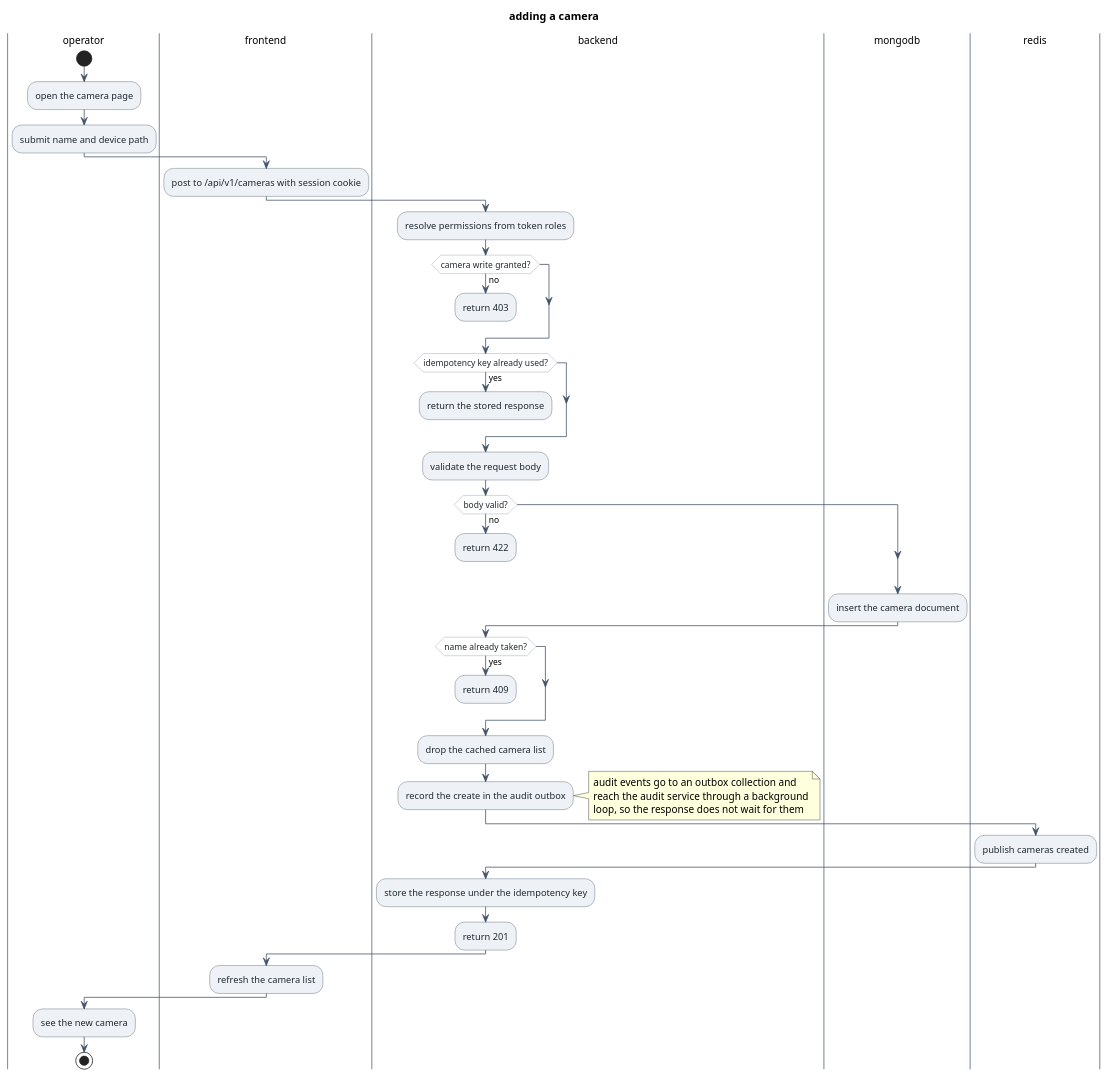
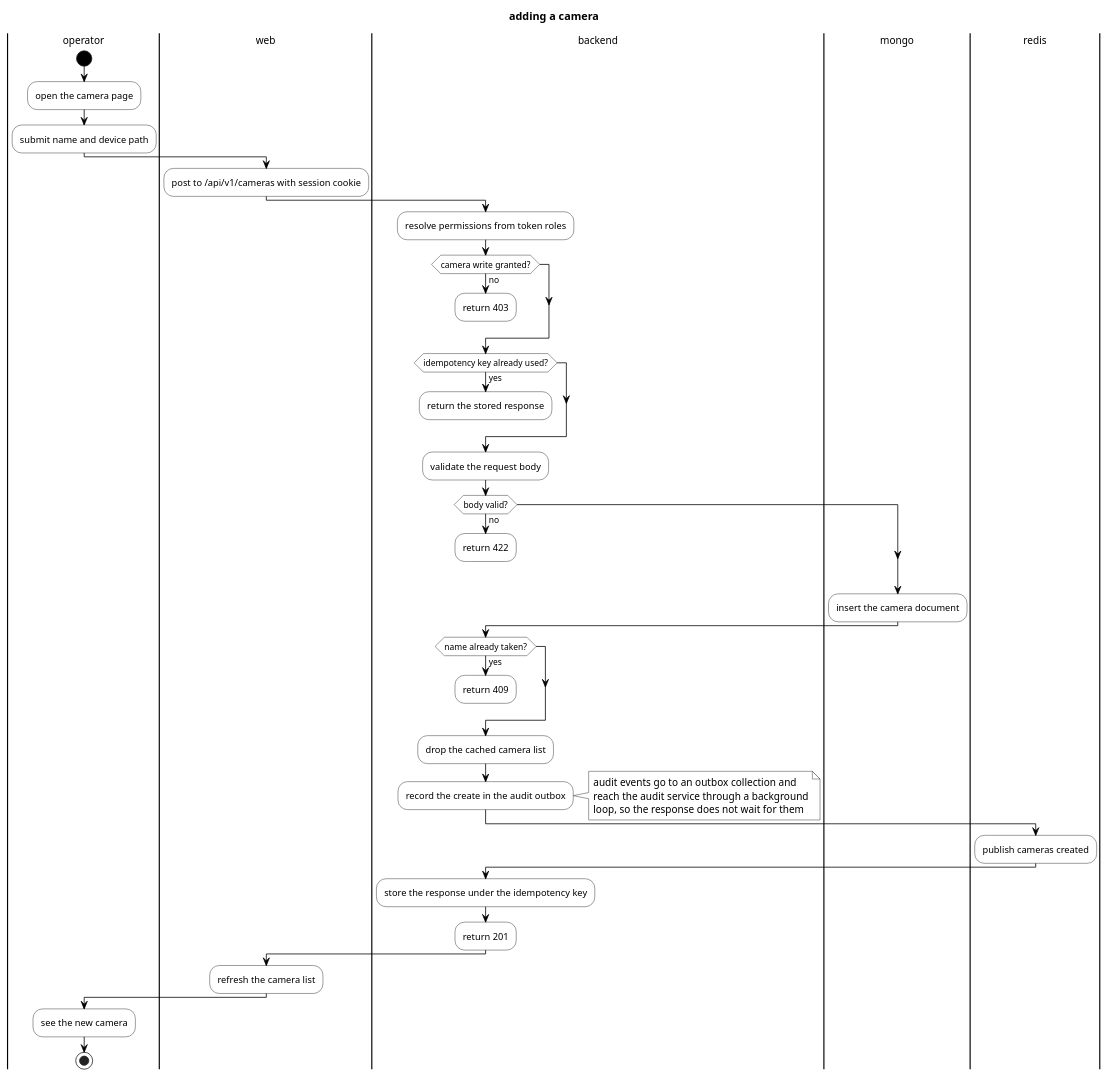
One commit to Nizar7kabbaj/theft-detection-platform changed the diagram in docs/diagrams/activity-admin_config.puml. Above: the diagram before and after it, drawn with PlantUML. The commit also changed 37 other files, not shown here.

Commit message:
refresh the architecture diagrams (#159)

```diff
--- a/docs/diagrams/activity-admin_config.puml
+++ b/docs/diagrams/activity-admin_config.puml
@@ -1,70 +1,82 @@
 @startuml
 title adding a camera
 skinparam shadowing false
-skinparam defaultFontName Helvetica
+skinparam defaultFontName Arial
+skinparam ArrowColor Black
 skinparam activity {
-  BackgroundColor #EEF1F5
-  BorderColor #44546A
-  ArrowColor #44546A
-  FontColor #1F2933
-  DiamondBackgroundColor #FFFFFF
-  DiamondBorderColor #8A94A6
+  BackgroundColor White
+  BorderColor Black
+  FontColor Black
+  DiamondBackgroundColor White
+  DiamondBorderColor Black
+  DiamondFontColor Black
+  StartColor Black
+  EndColor Black
+  BarColor Black
+}
+skinparam note {
+  BackgroundColor White
+  BorderColor Black
+  FontColor Black
 }
 skinparam swimlane {
-  BorderColor #8A94A6
-  TitleBackgroundColor #FFFFFF
+  BorderColor Black
+  TitleBackgroundColor White
   TitleFontSize 13
 }
+
 |operator|
 start
 :open the camera page;
 :submit name and device path;
-|frontend|
+
+|web|
 :post to /api/v1/cameras with session cookie;
+
 |backend|
 :resolve permissions from token roles;
 if (camera write granted?) then (no)
-  |backend|
   :return 403;
   kill
 endif
-|backend|
 if (idempotency key already used?) then (yes)
-  |backend|
   :return the stored response;
   kill
 endif
-|backend|
 :validate the request body;
 if (body valid?) then (no)
-  |backend|
   :return 422;
   kill
 endif
-|mongodb|
+
+|mongo|
 :insert the camera document;
+
 |backend|
 if (name already taken?) then (yes)
-  |backend|
   :return 409;
   kill
 endif
-|backend|
 :drop the cached camera list;
 :record the create in the audit outbox;
 note right
   audit events go to an outbox collection and
   reach the audit service through a background
   loop, so the response does not wait for them
 end note
+
 |redis|
 :publish cameras created;
+
 |backend|
 :store the response under the idempotency key;
 :return 201;
-|frontend|
+
+|web|
 :refresh the camera list;
+
 |operator|
 :see the new camera;
 stop
+
 @enduml
```
